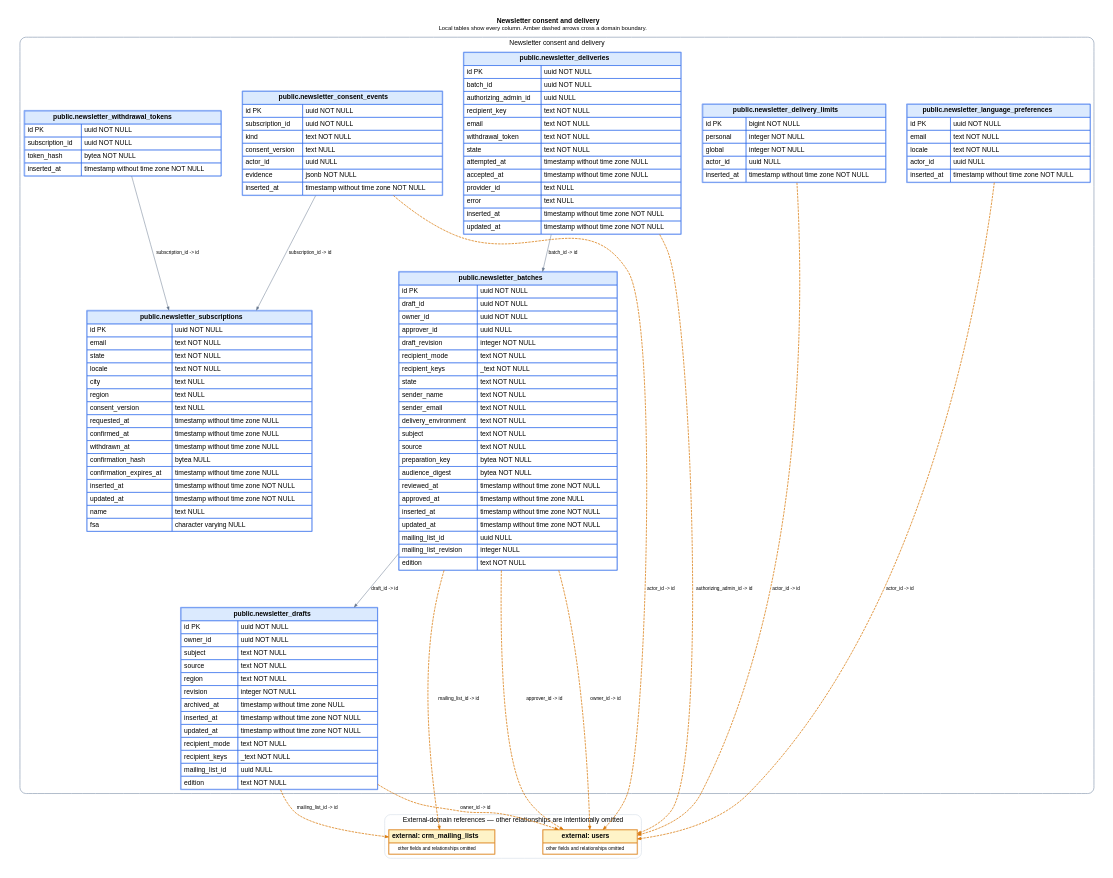
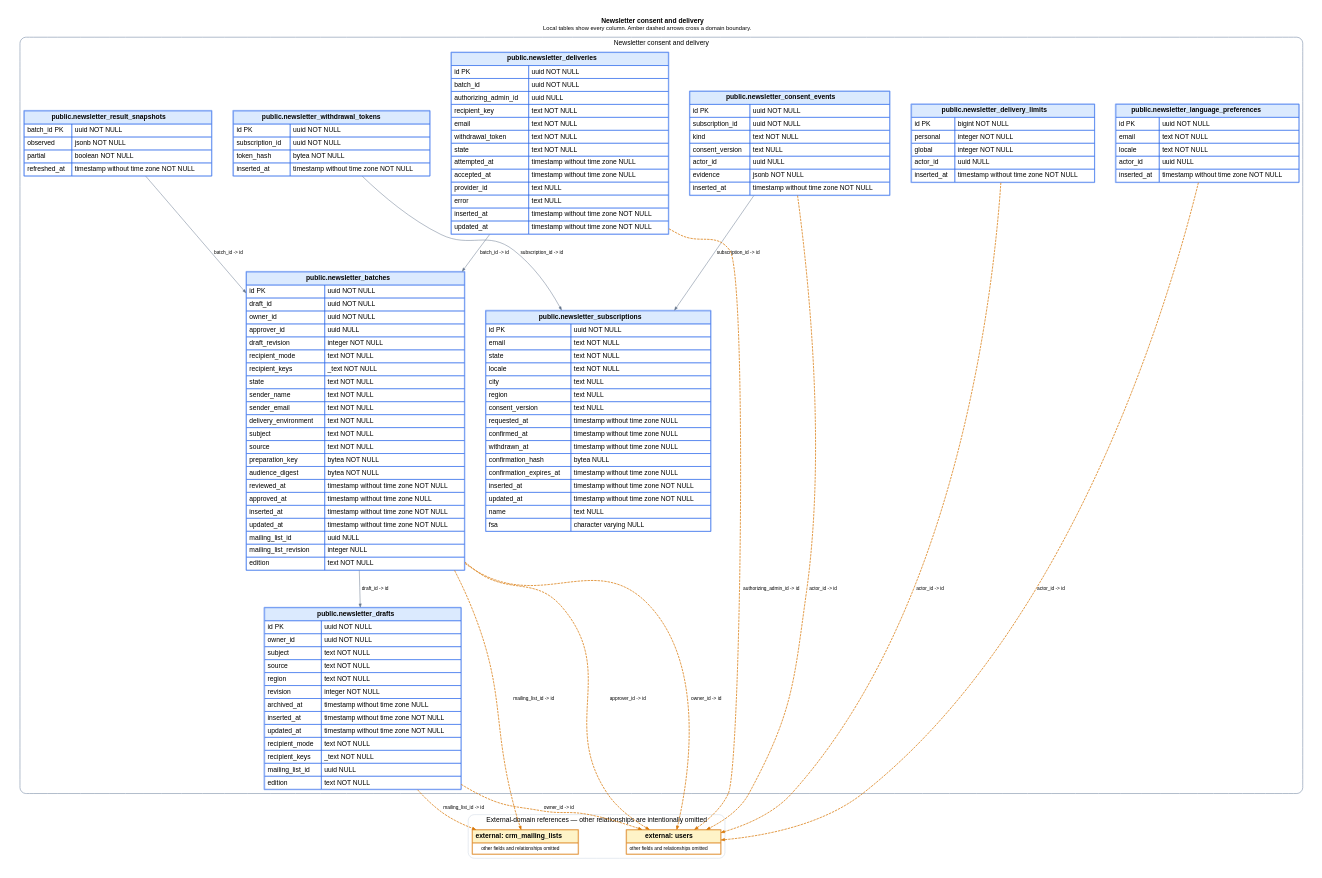
One commit to ogourment/pauseai.ca-website changed the diagram in docs/schema/domains/newsletter.dot. Above: the diagram before and after it, drawn with Graphviz. The commit also changed 27 other files, not shown here.

```diff
--- a/docs/schema/domains/newsletter.dot
+++ b/docs/schema/domains/newsletter.dot
@@ -1,105 +1,113 @@
 digraph newsletter {
   graph [rankdir=TB, bgcolor="white", pad=0.35, nodesep=0.6, ranksep=0.9, fontname="Helvetica"];
   node [shape=plain, fontname="Helvetica"];
   edge [fontname="Helvetica", fontsize=10, arrowsize=0.7];
   labelloc="t";
   label=< <B>Newsletter consent and delivery</B><BR/><FONT POINT-SIZE="12">Local tables show every column. Amber dashed arrows cross a domain boundary.</FONT> >;
 
   subgraph cluster_local {
     label="Newsletter consent and delivery";
     color="#94a3b8";
     penwidth=1.5;
     style="rounded";
+  "newsletter_result_snapshots" [label=<
+    <TABLE BORDER="1" CELLBORDER="1" CELLSPACING="0" CELLPADDING="5" COLOR="#2563eb">
+      <TR><TD BGCOLOR="#dbeafe" COLSPAN="2"><B>public.newsletter_result_snapshots</B></TD></TR>
+      <TR><TD ALIGN="LEFT">batch_id PK</TD><TD ALIGN="LEFT">uuid NOT NULL</TD></TR><TR><TD ALIGN="LEFT">observed</TD><TD ALIGN="LEFT">jsonb NOT NULL</TD></TR><TR><TD ALIGN="LEFT">partial</TD><TD ALIGN="LEFT">boolean NOT NULL</TD></TR><TR><TD ALIGN="LEFT">refreshed_at</TD><TD ALIGN="LEFT">timestamp without time zone NOT NULL</TD></TR>
+    </TABLE>
+  >];
+
   "newsletter_delivery_limits" [label=<
     <TABLE BORDER="1" CELLBORDER="1" CELLSPACING="0" CELLPADDING="5" COLOR="#2563eb">
       <TR><TD BGCOLOR="#dbeafe" COLSPAN="2"><B>public.newsletter_delivery_limits</B></TD></TR>
       <TR><TD ALIGN="LEFT">id PK</TD><TD ALIGN="LEFT">bigint NOT NULL</TD></TR><TR><TD ALIGN="LEFT">personal</TD><TD ALIGN="LEFT">integer NOT NULL</TD></TR><TR><TD ALIGN="LEFT">global</TD><TD ALIGN="LEFT">integer NOT NULL</TD></TR><TR><TD ALIGN="LEFT">actor_id</TD><TD ALIGN="LEFT">uuid NULL</TD></TR><TR><TD ALIGN="LEFT">inserted_at</TD><TD ALIGN="LEFT">timestamp without time zone NOT NULL</TD></TR>
     </TABLE>
   >];
 
   "newsletter_language_preferences" [label=<
     <TABLE BORDER="1" CELLBORDER="1" CELLSPACING="0" CELLPADDING="5" COLOR="#2563eb">
       <TR><TD BGCOLOR="#dbeafe" COLSPAN="2"><B>public.newsletter_language_preferences</B></TD></TR>
       <TR><TD ALIGN="LEFT">id PK</TD><TD ALIGN="LEFT">uuid NOT NULL</TD></TR><TR><TD ALIGN="LEFT">email</TD><TD ALIGN="LEFT">text NOT NULL</TD></TR><TR><TD ALIGN="LEFT">locale</TD><TD ALIGN="LEFT">text NOT NULL</TD></TR><TR><TD ALIGN="LEFT">actor_id</TD><TD ALIGN="LEFT">uuid NULL</TD></TR><TR><TD ALIGN="LEFT">inserted_at</TD><TD ALIGN="LEFT">timestamp without time zone NOT NULL</TD></TR>
     </TABLE>
   >];
 
   "newsletter_subscriptions" [label=<
     <TABLE BORDER="1" CELLBORDER="1" CELLSPACING="0" CELLPADDING="5" COLOR="#2563eb">
       <TR><TD BGCOLOR="#dbeafe" COLSPAN="2"><B>public.newsletter_subscriptions</B></TD></TR>
       <TR><TD ALIGN="LEFT">id PK</TD><TD ALIGN="LEFT">uuid NOT NULL</TD></TR><TR><TD ALIGN="LEFT">email</TD><TD ALIGN="LEFT">text NOT NULL</TD></TR><TR><TD ALIGN="LEFT">state</TD><TD ALIGN="LEFT">text NOT NULL</TD></TR><TR><TD ALIGN="LEFT">locale</TD><TD ALIGN="LEFT">text NOT NULL</TD></TR><TR><TD ALIGN="LEFT">city</TD><TD ALIGN="LEFT">text NULL</TD></TR><TR><TD ALIGN="LEFT">region</TD><TD ALIGN="LEFT">text NULL</TD></TR><TR><TD ALIGN="LEFT">consent_version</TD><TD ALIGN="LEFT">text NULL</TD></TR><TR><TD ALIGN="LEFT">requested_at</TD><TD ALIGN="LEFT">timestamp without time zone NULL</TD></TR><TR><TD ALIGN="LEFT">confirmed_at</TD><TD ALIGN="LEFT">timestamp without time zone NULL</TD></TR><TR><TD ALIGN="LEFT">withdrawn_at</TD><TD ALIGN="LEFT">timestamp without time zone NULL</TD></TR><TR><TD ALIGN="LEFT">confirmation_hash</TD><TD ALIGN="LEFT">bytea NULL</TD></TR><TR><TD ALIGN="LEFT">confirmation_expires_at</TD><TD ALIGN="LEFT">timestamp without time zone NULL</TD></TR><TR><TD ALIGN="LEFT">inserted_at</TD><TD ALIGN="LEFT">timestamp without time zone NOT NULL</TD></TR><TR><TD ALIGN="LEFT">updated_at</TD><TD ALIGN="LEFT">timestamp without time zone NOT NULL</TD></TR><TR><TD ALIGN="LEFT">name</TD><TD ALIGN="LEFT">text NULL</TD></TR><TR><TD ALIGN="LEFT">fsa</TD><TD ALIGN="LEFT">character varying NULL</TD></TR>
     </TABLE>
   >];
 
   "newsletter_consent_events" [label=<
     <TABLE BORDER="1" CELLBORDER="1" CELLSPACING="0" CELLPADDING="5" COLOR="#2563eb">
       <TR><TD BGCOLOR="#dbeafe" COLSPAN="2"><B>public.newsletter_consent_events</B></TD></TR>
       <TR><TD ALIGN="LEFT">id PK</TD><TD ALIGN="LEFT">uuid NOT NULL</TD></TR><TR><TD ALIGN="LEFT">subscription_id</TD><TD ALIGN="LEFT">uuid NOT NULL</TD></TR><TR><TD ALIGN="LEFT">kind</TD><TD ALIGN="LEFT">text NOT NULL</TD></TR><TR><TD ALIGN="LEFT">consent_version</TD><TD ALIGN="LEFT">text NULL</TD></TR><TR><TD ALIGN="LEFT">actor_id</TD><TD ALIGN="LEFT">uuid NULL</TD></TR><TR><TD ALIGN="LEFT">evidence</TD><TD ALIGN="LEFT">jsonb NOT NULL</TD></TR><TR><TD ALIGN="LEFT">inserted_at</TD><TD ALIGN="LEFT">timestamp without time zone NOT NULL</TD></TR>
     </TABLE>
   >];
 
   "newsletter_withdrawal_tokens" [label=<
     <TABLE BORDER="1" CELLBORDER="1" CELLSPACING="0" CELLPADDING="5" COLOR="#2563eb">
       <TR><TD BGCOLOR="#dbeafe" COLSPAN="2"><B>public.newsletter_withdrawal_tokens</B></TD></TR>
       <TR><TD ALIGN="LEFT">id PK</TD><TD ALIGN="LEFT">uuid NOT NULL</TD></TR><TR><TD ALIGN="LEFT">subscription_id</TD><TD ALIGN="LEFT">uuid NOT NULL</TD></TR><TR><TD ALIGN="LEFT">token_hash</TD><TD ALIGN="LEFT">bytea NOT NULL</TD></TR><TR><TD ALIGN="LEFT">inserted_at</TD><TD ALIGN="LEFT">timestamp without time zone NOT NULL</TD></TR>
     </TABLE>
   >];
 
   "newsletter_drafts" [label=<
     <TABLE BORDER="1" CELLBORDER="1" CELLSPACING="0" CELLPADDING="5" COLOR="#2563eb">
       <TR><TD BGCOLOR="#dbeafe" COLSPAN="2"><B>public.newsletter_drafts</B></TD></TR>
       <TR><TD ALIGN="LEFT">id PK</TD><TD ALIGN="LEFT">uuid NOT NULL</TD></TR><TR><TD ALIGN="LEFT">owner_id</TD><TD ALIGN="LEFT">uuid NOT NULL</TD></TR><TR><TD ALIGN="LEFT">subject</TD><TD ALIGN="LEFT">text NOT NULL</TD></TR><TR><TD ALIGN="LEFT">source</TD><TD ALIGN="LEFT">text NOT NULL</TD></TR><TR><TD ALIGN="LEFT">region</TD><TD ALIGN="LEFT">text NOT NULL</TD></TR><TR><TD ALIGN="LEFT">revision</TD><TD ALIGN="LEFT">integer NOT NULL</TD></TR><TR><TD ALIGN="LEFT">archived_at</TD><TD ALIGN="LEFT">timestamp without time zone NULL</TD></TR><TR><TD ALIGN="LEFT">inserted_at</TD><TD ALIGN="LEFT">timestamp without time zone NOT NULL</TD></TR><TR><TD ALIGN="LEFT">updated_at</TD><TD ALIGN="LEFT">timestamp without time zone NOT NULL</TD></TR><TR><TD ALIGN="LEFT">recipient_mode</TD><TD ALIGN="LEFT">text NOT NULL</TD></TR><TR><TD ALIGN="LEFT">recipient_keys</TD><TD ALIGN="LEFT">_text NOT NULL</TD></TR><TR><TD ALIGN="LEFT">mailing_list_id</TD><TD ALIGN="LEFT">uuid NULL</TD></TR><TR><TD ALIGN="LEFT">edition</TD><TD ALIGN="LEFT">text NOT NULL</TD></TR>
     </TABLE>
   >];
 
   "newsletter_batches" [label=<
     <TABLE BORDER="1" CELLBORDER="1" CELLSPACING="0" CELLPADDING="5" COLOR="#2563eb">
       <TR><TD BGCOLOR="#dbeafe" COLSPAN="2"><B>public.newsletter_batches</B></TD></TR>
       <TR><TD ALIGN="LEFT">id PK</TD><TD ALIGN="LEFT">uuid NOT NULL</TD></TR><TR><TD ALIGN="LEFT">draft_id</TD><TD ALIGN="LEFT">uuid NOT NULL</TD></TR><TR><TD ALIGN="LEFT">owner_id</TD><TD ALIGN="LEFT">uuid NOT NULL</TD></TR><TR><TD ALIGN="LEFT">approver_id</TD><TD ALIGN="LEFT">uuid NULL</TD></TR><TR><TD ALIGN="LEFT">draft_revision</TD><TD ALIGN="LEFT">integer NOT NULL</TD></TR><TR><TD ALIGN="LEFT">recipient_mode</TD><TD ALIGN="LEFT">text NOT NULL</TD></TR><TR><TD ALIGN="LEFT">recipient_keys</TD><TD ALIGN="LEFT">_text NOT NULL</TD></TR><TR><TD ALIGN="LEFT">state</TD><TD ALIGN="LEFT">text NOT NULL</TD></TR><TR><TD ALIGN="LEFT">sender_name</TD><TD ALIGN="LEFT">text NOT NULL</TD></TR><TR><TD ALIGN="LEFT">sender_email</TD><TD ALIGN="LEFT">text NOT NULL</TD></TR><TR><TD ALIGN="LEFT">delivery_environment</TD><TD ALIGN="LEFT">text NOT NULL</TD></TR><TR><TD ALIGN="LEFT">subject</TD><TD ALIGN="LEFT">text NOT NULL</TD></TR><TR><TD ALIGN="LEFT">source</TD><TD ALIGN="LEFT">text NOT NULL</TD></TR><TR><TD ALIGN="LEFT">preparation_key</TD><TD ALIGN="LEFT">bytea NOT NULL</TD></TR><TR><TD ALIGN="LEFT">audience_digest</TD><TD ALIGN="LEFT">bytea NOT NULL</TD></TR><TR><TD ALIGN="LEFT">reviewed_at</TD><TD ALIGN="LEFT">timestamp without time zone NOT NULL</TD></TR><TR><TD ALIGN="LEFT">approved_at</TD><TD ALIGN="LEFT">timestamp without time zone NULL</TD></TR><TR><TD ALIGN="LEFT">inserted_at</TD><TD ALIGN="LEFT">timestamp without time zone NOT NULL</TD></TR><TR><TD ALIGN="LEFT">updated_at</TD><TD ALIGN="LEFT">timestamp without time zone NOT NULL</TD></TR><TR><TD ALIGN="LEFT">mailing_list_id</TD><TD ALIGN="LEFT">uuid NULL</TD></TR><TR><TD ALIGN="LEFT">mailing_list_revision</TD><TD ALIGN="LEFT">integer NULL</TD></TR><TR><TD ALIGN="LEFT">edition</TD><TD ALIGN="LEFT">text NOT NULL</TD></TR>
     </TABLE>
   >];
 
   "newsletter_deliveries" [label=<
     <TABLE BORDER="1" CELLBORDER="1" CELLSPACING="0" CELLPADDING="5" COLOR="#2563eb">
       <TR><TD BGCOLOR="#dbeafe" COLSPAN="2"><B>public.newsletter_deliveries</B></TD></TR>
       <TR><TD ALIGN="LEFT">id PK</TD><TD ALIGN="LEFT">uuid NOT NULL</TD></TR><TR><TD ALIGN="LEFT">batch_id</TD><TD ALIGN="LEFT">uuid NOT NULL</TD></TR><TR><TD ALIGN="LEFT">authorizing_admin_id</TD><TD ALIGN="LEFT">uuid NULL</TD></TR><TR><TD ALIGN="LEFT">recipient_key</TD><TD ALIGN="LEFT">text NOT NULL</TD></TR><TR><TD ALIGN="LEFT">email</TD><TD ALIGN="LEFT">text NOT NULL</TD></TR><TR><TD ALIGN="LEFT">withdrawal_token</TD><TD ALIGN="LEFT">text NOT NULL</TD></TR><TR><TD ALIGN="LEFT">state</TD><TD ALIGN="LEFT">text NOT NULL</TD></TR><TR><TD ALIGN="LEFT">attempted_at</TD><TD ALIGN="LEFT">timestamp without time zone NULL</TD></TR><TR><TD ALIGN="LEFT">accepted_at</TD><TD ALIGN="LEFT">timestamp without time zone NULL</TD></TR><TR><TD ALIGN="LEFT">provider_id</TD><TD ALIGN="LEFT">text NULL</TD></TR><TR><TD ALIGN="LEFT">error</TD><TD ALIGN="LEFT">text NULL</TD></TR><TR><TD ALIGN="LEFT">inserted_at</TD><TD ALIGN="LEFT">timestamp without time zone NOT NULL</TD></TR><TR><TD ALIGN="LEFT">updated_at</TD><TD ALIGN="LEFT">timestamp without time zone NOT NULL</TD></TR>
     </TABLE>
   >];
 
   }
 
   subgraph cluster_external {
     label="External-domain references — other relationships are intentionally omitted";
     color="#cbd5e1";
     penwidth=1;
     style="rounded";
   "crm_mailing_lists" [label=<
     <TABLE BORDER="1" CELLBORDER="1" CELLSPACING="0" CELLPADDING="5" COLOR="#d97706">
       <TR><TD BGCOLOR="#fef3c7"><B>external: crm_mailing_lists</B></TD></TR>
       <TR><TD><FONT POINT-SIZE="10">other fields and relationships omitted</FONT></TD></TR>
     </TABLE>
   >];
 
   "users" [label=<
     <TABLE BORDER="1" CELLBORDER="1" CELLSPACING="0" CELLPADDING="5" COLOR="#d97706">
       <TR><TD BGCOLOR="#fef3c7"><B>external: users</B></TD></TR>
       <TR><TD><FONT POINT-SIZE="10">other fields and relationships omitted</FONT></TD></TR>
     </TABLE>
   >];
 
   }
 
   "newsletter_batches" -> "users" [label="approver_id -> id", color="#d97706", style="dashed", penwidth=1.5];
   "newsletter_batches" -> "newsletter_drafts" [label="draft_id -> id", color="#64748b"];
   "newsletter_batches" -> "crm_mailing_lists" [label="mailing_list_id -> id", color="#d97706", style="dashed", penwidth=1.5];
   "newsletter_batches" -> "users" [label="owner_id -> id", color="#d97706", style="dashed", penwidth=1.5];
   "newsletter_consent_events" -> "users" [label="actor_id -> id", color="#d97706", style="dashed", penwidth=1.5];
   "newsletter_consent_events" -> "newsletter_subscriptions" [label="subscription_id -> id", color="#64748b"];
   "newsletter_deliveries" -> "users" [label="authorizing_admin_id -> id", color="#d97706", style="dashed", penwidth=1.5];
   "newsletter_deliveries" -> "newsletter_batches" [label="batch_id -> id", color="#64748b"];
   "newsletter_delivery_limits" -> "users" [label="actor_id -> id", color="#d97706", style="dashed", penwidth=1.5];
   "newsletter_drafts" -> "crm_mailing_lists" [label="mailing_list_id -> id", color="#d97706", style="dashed", penwidth=1.5];
   "newsletter_drafts" -> "users" [label="owner_id -> id", color="#d97706", style="dashed", penwidth=1.5];
   "newsletter_language_preferences" -> "users" [label="actor_id -> id", color="#d97706", style="dashed", penwidth=1.5];
+  "newsletter_result_snapshots" -> "newsletter_batches" [label="batch_id -> id", color="#64748b"];
   "newsletter_withdrawal_tokens" -> "newsletter_subscriptions" [label="subscription_id -> id", color="#64748b"];
 }
```
